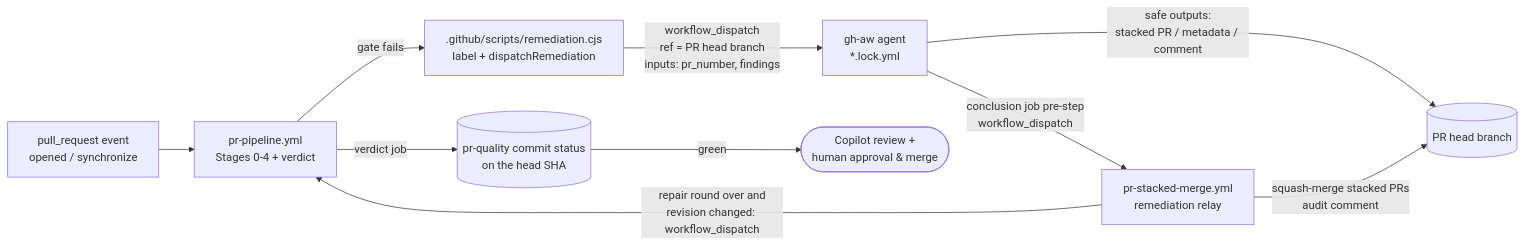
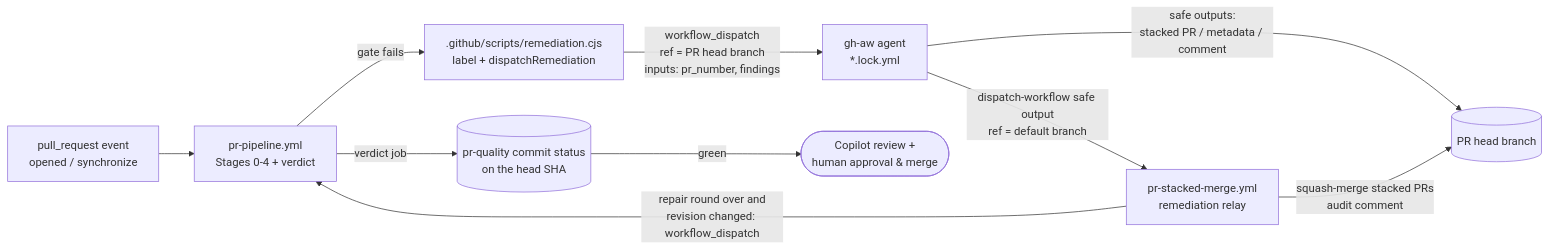
Before and after one commit to SitoaderOrg/ForgeFlow: the diagram in docs/remediation-chaining.md, drawn with Mermaid. The commit also changed other lines of this file and 20 other files, not shown here.

````diff
--- a/docs/remediation-chaining.md
+++ b/docs/remediation-chaining.md
@@ -10,12 +10,12 @@
 ```mermaid
 flowchart LR
     PR[pull_request event\nopened / synchronize] --> Pipeline[pr-pipeline.yml\nStages 0-4 + verdict]
     Pipeline -->|gate fails| Helper[.github/scripts/remediation.cjs\nlabel + dispatchRemediation]
     Pipeline -->|verdict job| Status[(pr-quality commit status\non the head SHA)]
     Helper -->|workflow_dispatch\nref = PR head branch\ninputs: pr_number, findings| Agent[gh-aw agent\n*.lock.yml]
     Agent -->|safe outputs:\nstacked PR / metadata / comment| Branch[(PR head branch)]
-    Agent -->|conclusion job pre-step\nworkflow_dispatch| Relay[pr-stacked-merge.yml\nremediation relay]
+    Agent -->|dispatch-workflow safe output\nref = default branch| Relay[pr-stacked-merge.yml\nremediation relay]
     Relay -->|squash-merge stacked PRs\naudit comment| Branch
     Relay -->|repair round over and\nrevision changed: workflow_dispatch| Pipeline
     Status -->|green| Review([Copilot review +\nhuman approval & merge])
 ```
````
